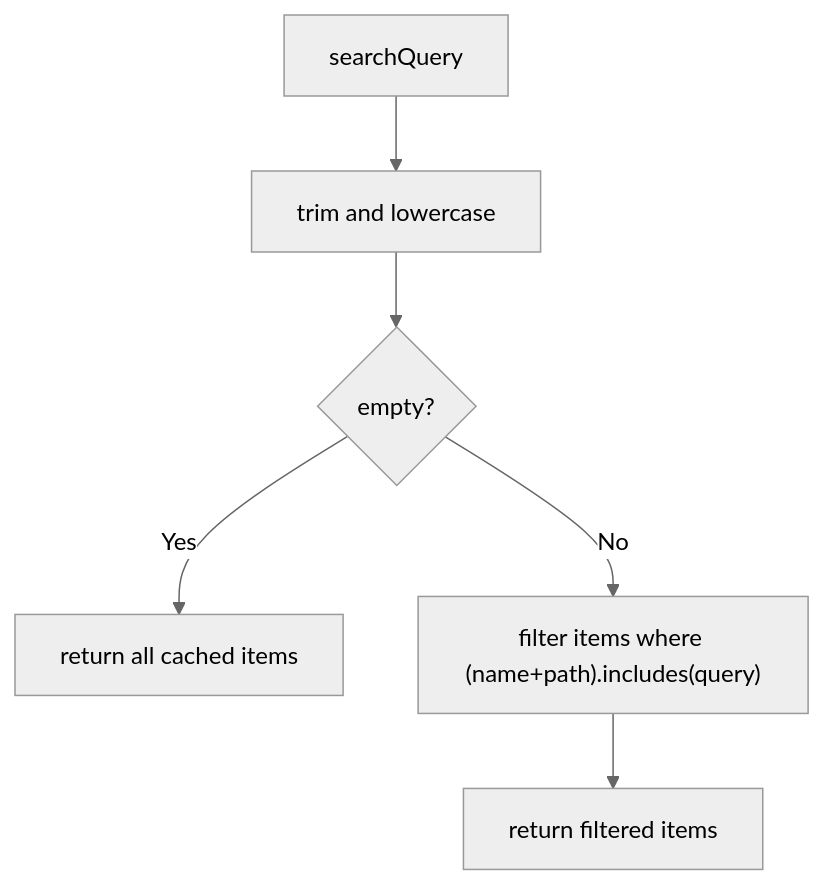
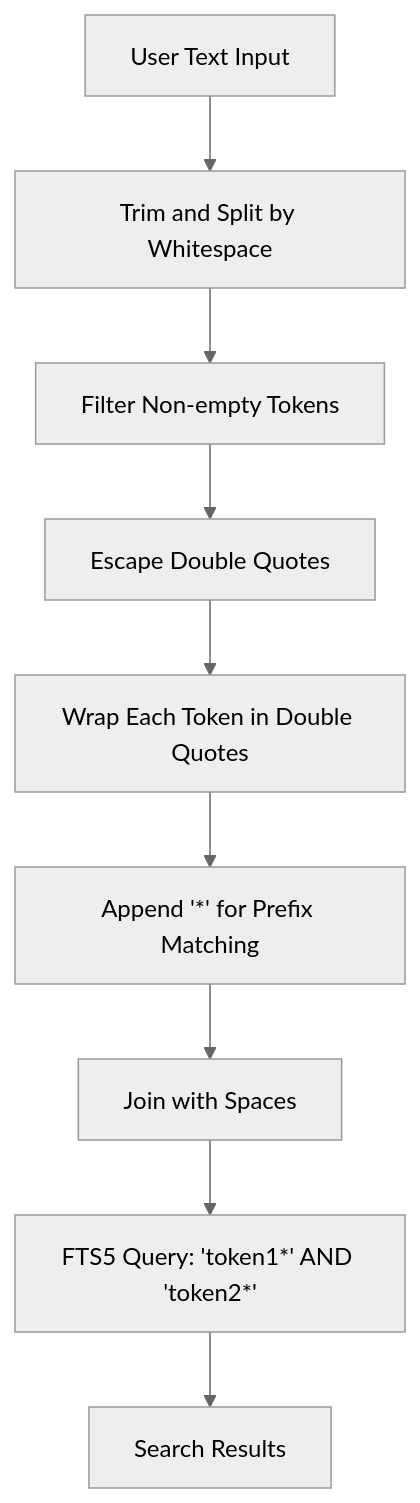
The third of 7 diagrams in .qoder/repowiki/en/content/Sample Browser.md (satyrlord/mixjam-electron), drawn with Mermaid (neutral theme) before and after one commit. The commit also changed other lines of this file and 104 other files, not shown here.

First line of the commit message:
fix(config): update markdownlint schema and cleanup ignored paths

````diff
--- a/.qoder/repowiki/en/content/Sample Browser.md
+++ b/.qoder/repowiki/en/content/Sample Browser.md
@@ -205,8 +192,11 @@
 ```mermaid
 flowchart TD
-Q["searchQuery"] --> Trim["trim and lowercase"]
-Trim --> Empty{"empty?"}
-Empty --> |Yes| ReturnAll["return all cached items"]
-Empty --> |No| Filter["filter items where (name+path).includes(query)"]
-Filter --> ReturnFiltered["return filtered items"]
+Input["User Text Input"] --> Trim["Trim and Split by Whitespace"]
+Trim --> Filter["Filter Non-empty Tokens"]
+Filter --> Escape["Escape Double Quotes"]
+Escape --> Quote["Wrap Each Token in Double Quotes"]
+Quote --> Asterisk["Append '*' for Prefix Matching"]
+Asterisk --> Join["Join with Spaces"]
+Join --> FTS["FTS5 Query: 'token1*' AND 'token2*'"]
+FTS --> Results["Search Results"]
 ```
````
